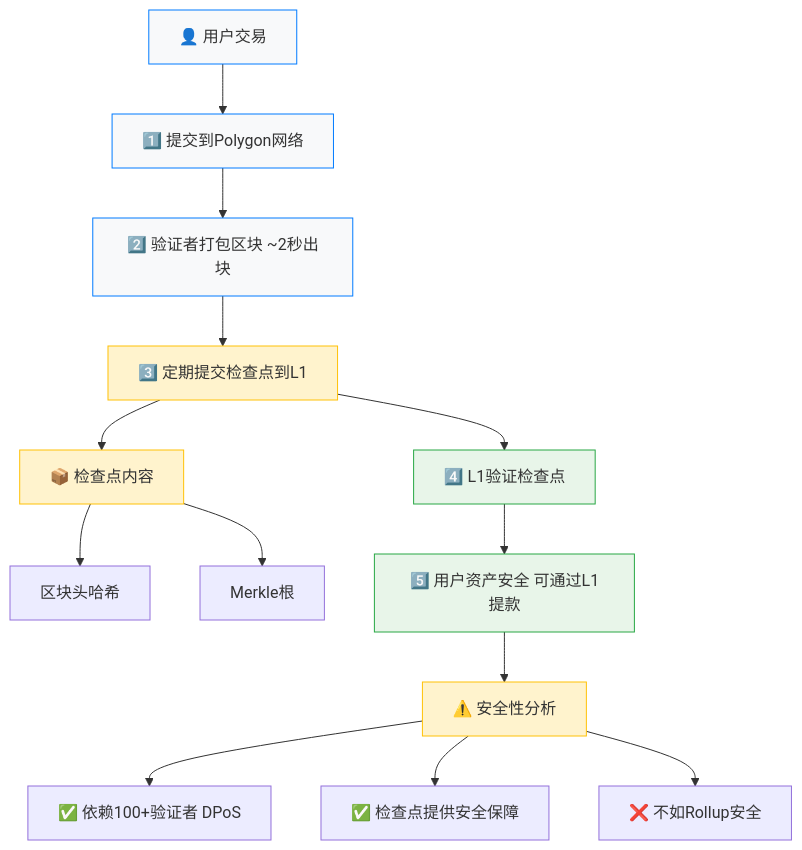
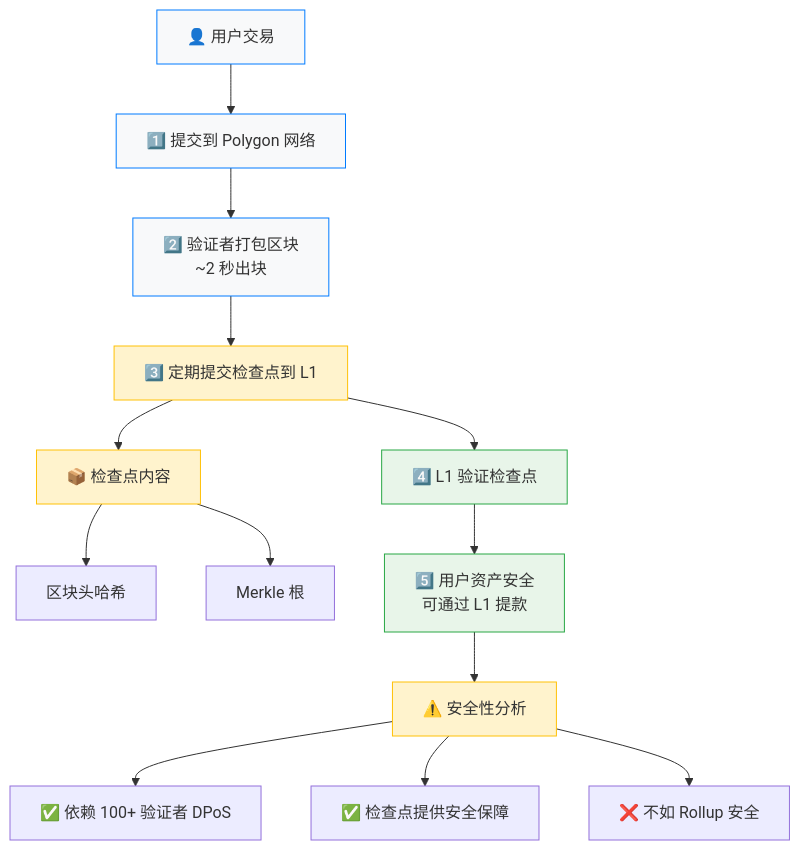
The seventh of 7 diagrams in docs/《精通以太坊》/第16章-以太坊扩容.md (web3-wallet-org/web3-wallet-notes), drawn with Mermaid before and after one commit. The commit also changed other lines of this file and 2 other files, not shown here.

First line of the commit message:
docs: 优化图表格式并简化内容展示

````diff
--- a/docs/《精通以太坊》/第16章-以太坊扩容.md
+++ b/docs/《精通以太坊》/第16章-以太坊扩容.md
@@ -544,36 +524,36 @@
 ```mermaid
 graph TD
-    A["👤 用户交易"] --> B["1️⃣ 提交到Polygon网络"]
-    B --> C["2️⃣ 验证者打包区块 ~2秒出块"]
-    C --> D["3️⃣ 定期提交检查点到L1"]
+    A["👤 用户交易"] --> B["1️⃣ 提交到 Polygon 网络"]
+    B --> C["2️⃣ 验证者打包区块<br/>~2 秒出块"]
+    C --> D["3️⃣ 定期提交检查点到 L1"]
     
     Checkpoint["📦 检查点内容"]
     BlockHash["区块头哈希"]
-    MerkleRoot["Merkle根"]
+    MerkleRoot["Merkle 根"]
     
     D --> Checkpoint
     Checkpoint --> BlockHash
     Checkpoint --> MerkleRoot
     
-    D --> E["4️⃣ L1验证检查点"]
-    E --> F["5️⃣ 用户资产安全 可通过L1提款"]
+    D --> E["4️⃣ L1 验证检查点"]
+    E --> F["5️⃣ 用户资产安全<br/>可通过 L1 提款"]
     
     Security["⚠️ 安全性分析"]
-    S1["✅ 依赖100+验证者 DPoS"]
+    S1["✅ 依赖 100+ 验证者 DPoS"]
     S2["✅ 检查点提供安全保障"]
-    S3["❌ 不如Rollup安全"]
+    S3["❌ 不如 Rollup 安全"]
     
     F --> Security
     Security --> S1
     Security --> S2
     Security --> S3
     
     style A fill:#f8f9fa,stroke:#007bff,color:#333
     style B fill:#f8f9fa,stroke:#007bff,color:#333
     style C fill:#f8f9fa,stroke:#007bff,color:#333
     style D fill:#fff3cd,stroke:#ffc107,color:#333
     style Checkpoint fill:#fff3cd,stroke:#ffc107,color:#333
     style E fill:#e8f5e9,stroke:#28a745,color:#333
     style F fill:#e8f5e9,stroke:#28a745,color:#333
     style Security fill:#fff3cd,stroke:#ffc107,color:#333
 ```
````
